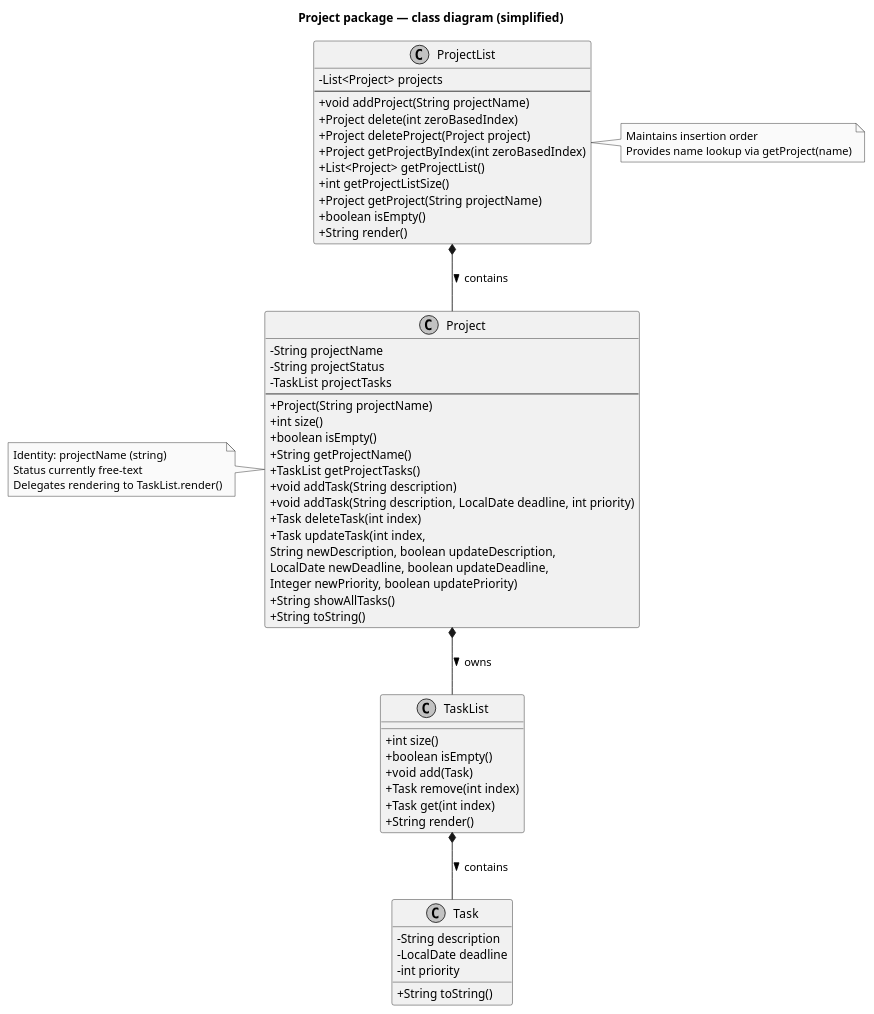
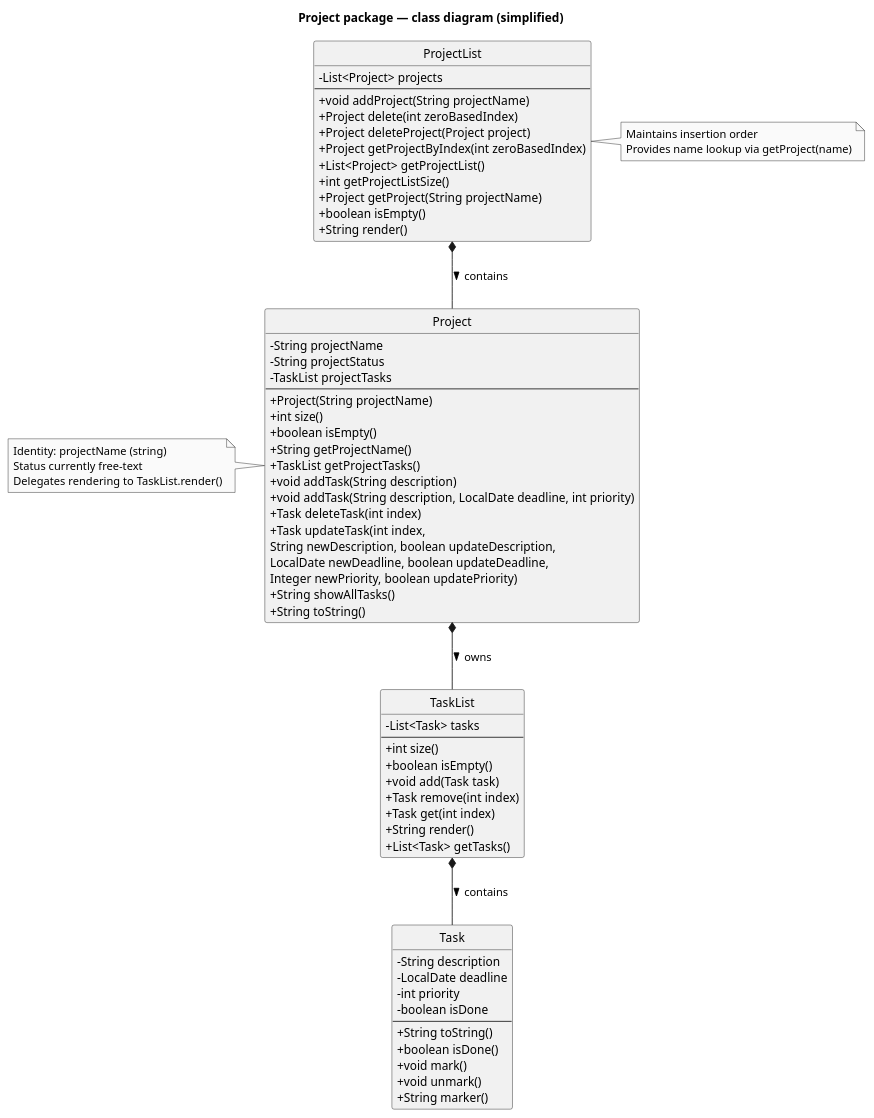
One commit to sean6369/tp changed the diagram in docs/plantUML/project-management/ProjectDiagram.puml. Above: the diagram before and after it, drawn with PlantUML. The commit also changed 4 other files, not shown here.

Commit message:
Fix class diagrams to comply with CS2113 standards

```diff
--- a/docs/plantUML/project-management/ProjectDiagram.puml
+++ b/docs/plantUML/project-management/ProjectDiagram.puml
@@ -1,75 +1,85 @@
 @startuml ProjectClassDiagram
 title Project package — class diagram (simplified)
 
 skinparam classAttributeIconSize 0
 skinparam shadowing false
 skinparam monochrome true
+hide circle
 
 class Project {
   - String projectName
   - String projectStatus
   - TaskList projectTasks
   --
   + Project(String projectName)
   + int size()
   + boolean isEmpty()
   + String getProjectName()
   + TaskList getProjectTasks()
   + void addTask(String description)
   + void addTask(String description, LocalDate deadline, int priority)
   + Task deleteTask(int index)
   + Task updateTask(int index,
       String newDescription, boolean updateDescription,
       LocalDate newDeadline, boolean updateDeadline,
       Integer newPriority, boolean updatePriority)
   + String showAllTasks()
   + String toString()
 }
 
 class ProjectList {
   - List<Project> projects
   --
   + void addProject(String projectName)
   + Project delete(int zeroBasedIndex)
   + Project deleteProject(Project project)
   + Project getProjectByIndex(int zeroBasedIndex)
   + List<Project> getProjectList()
   + int getProjectListSize()
   + Project getProject(String projectName)
   + boolean isEmpty()
   + String render()
 }
 
 class TaskList {
+  - List<Task> tasks
+  --
   + int size()
   + boolean isEmpty()
-  + void add(Task)
+  + void add(Task task)
   + Task remove(int index)
   + Task get(int index)
   + String render()
+  + List<Task> getTasks()
 }
 
 class Task {
   - String description
   - LocalDate deadline
   - int priority
+  - boolean isDone
+  --
   + String toString()
+  + boolean isDone()
+  + void mark()
+  + void unmark()
+  + String marker()
 }
 
 ' Relationships
 ProjectList *-- Project : contains >
 Project *-- TaskList : owns >
 TaskList *-- Task : contains >
 
 note left of Project
   Identity: projectName (string)
   Status currently free-text
   Delegates rendering to TaskList.render()
 end note
 
 note right of ProjectList
   Maintains insertion order
   Provides name lookup via getProject(name)
 end note
 
 @enduml
```
